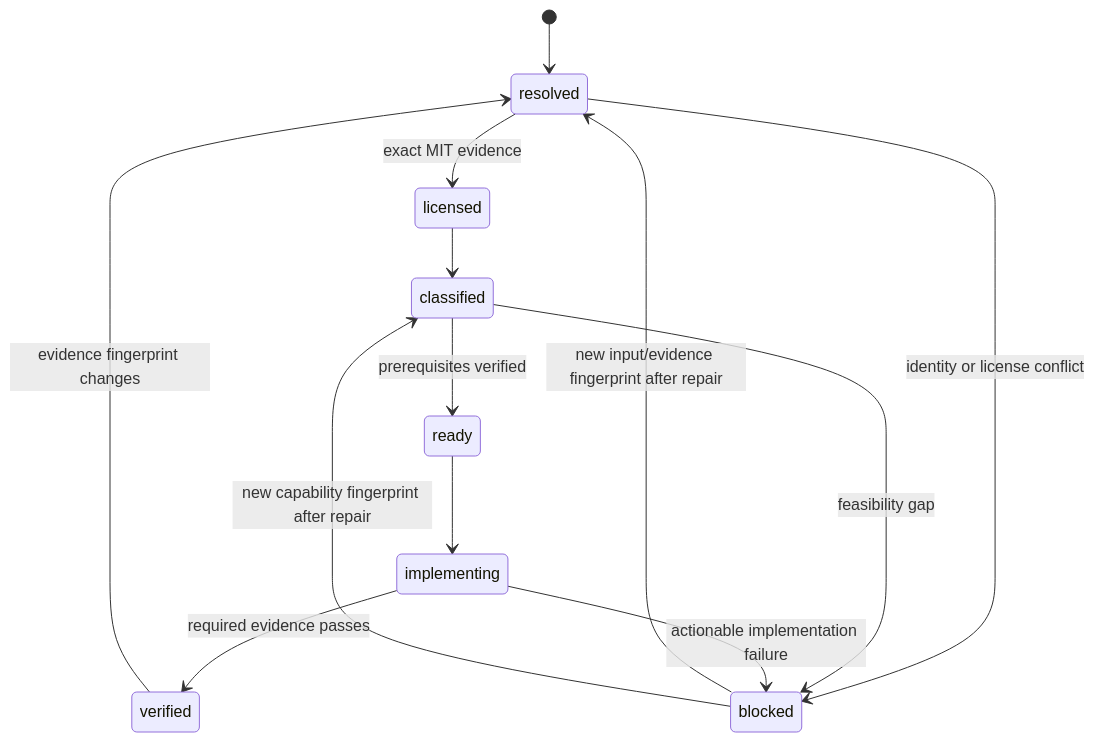
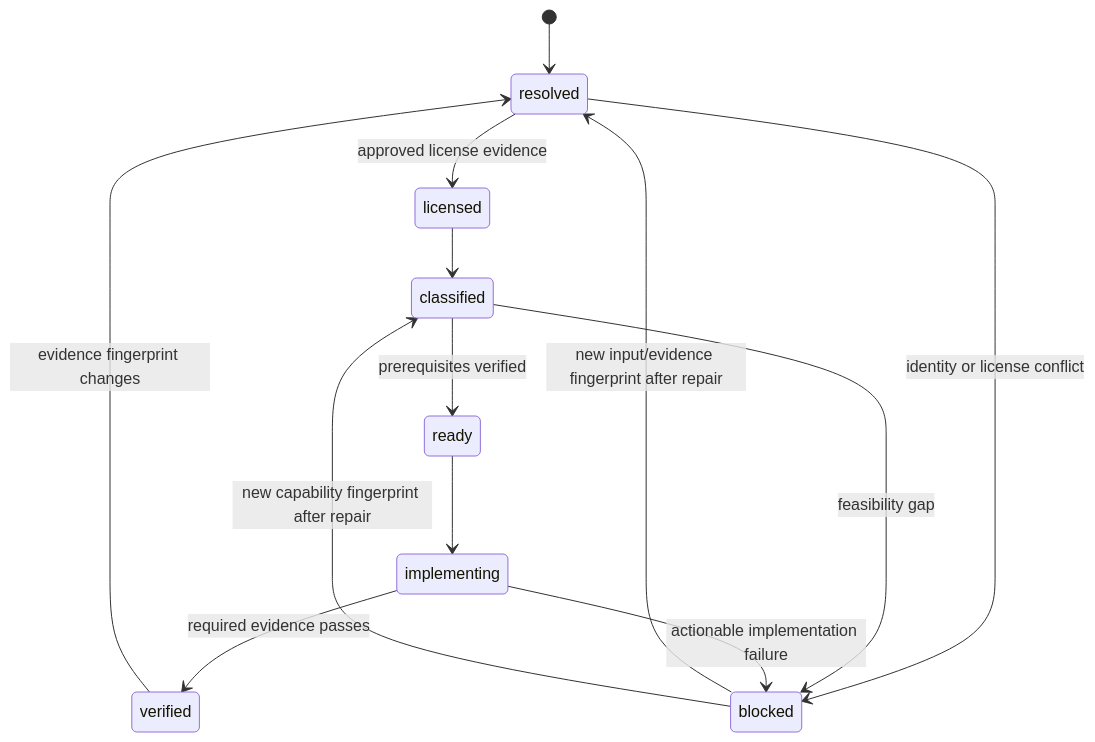
One commit to jonkwheeler/octane changed the second of 2 diagrams in docs/plans/2026-08-11-001-feat-octane-react-library-port-skill-plan.md. Above: the diagram before and after it, drawn with Mermaid. The commit also changed other lines of this file and 28 other files, not shown here.

````diff
--- a/docs/plans/2026-08-11-001-feat-octane-react-library-port-skill-plan.md
+++ b/docs/plans/2026-08-11-001-feat-octane-react-library-port-skill-plan.md
@@ -165,15 +166,15 @@
 ```mermaid
 stateDiagram-v2
   [*] --> resolved
-  resolved --> licensed: exact MIT evidence
+  resolved --> licensed: approved license evidence
   resolved --> blocked: identity or license conflict
   licensed --> classified
   classified --> ready: prerequisites verified
   classified --> blocked: feasibility gap
   ready --> implementing
   implementing --> verified: required evidence passes
   implementing --> blocked: actionable implementation failure
   blocked --> resolved: new input/evidence fingerprint after repair
   blocked --> classified: new capability fingerprint after repair
   verified --> resolved: evidence fingerprint changes
 ```
````
